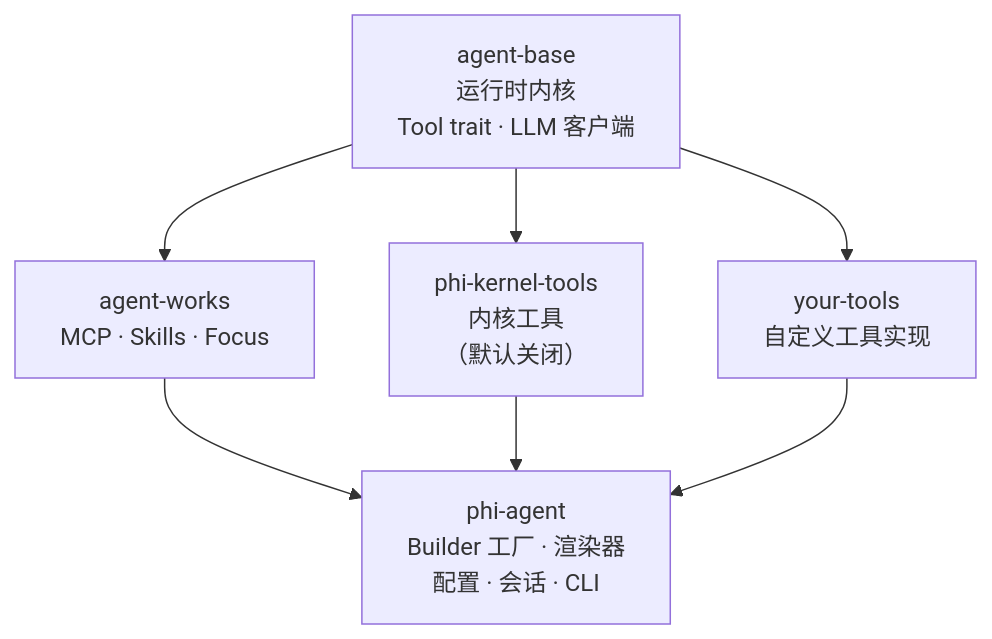
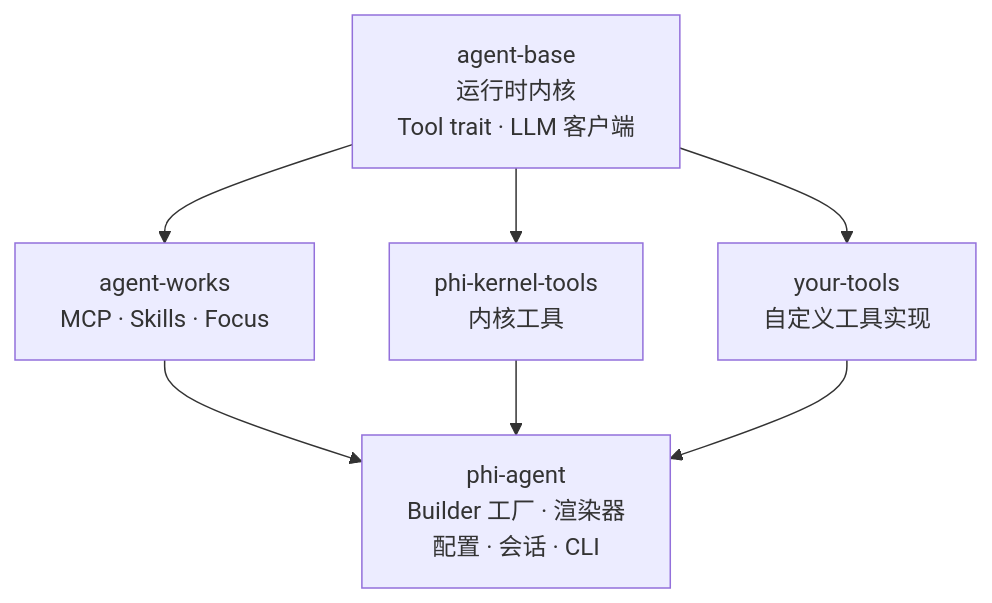
The diagram in docs/zh/index.md (chenkangzeng1/agent-base), drawn with Mermaid before and after one commit. The commit also changed other lines of this file and 22 other files, not shown here.

````diff
--- a/docs/zh/index.md
+++ b/docs/zh/index.md
@@ -49,14 +49,14 @@
 ```mermaid
 graph TB
     AB[agent-base<br/>运行时内核<br/>Tool trait · LLM 客户端]
 
     AB --> AW[agent-works<br/>MCP · Skills · Focus]
-    AB --> PKT["phi-kernel-tools<br/>内核工具<br/>（默认关闭）"]
+    AB --> PKT["phi-kernel-tools<br/>内核工具"]
     AB --> YT[your-tools<br/>自定义工具实现]
 
     AW --> PA
     PKT --> PA
     YT --> PA
 
     PA[phi-agent<br/>Builder 工厂 · 渲染器<br/>配置 · 会话 · CLI]
 ```
````
